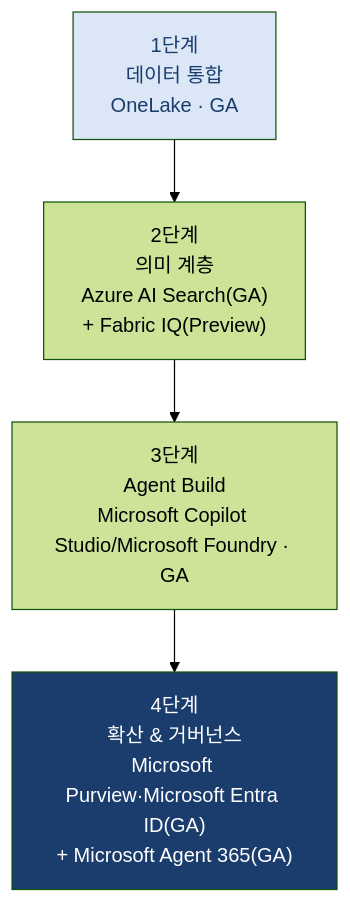
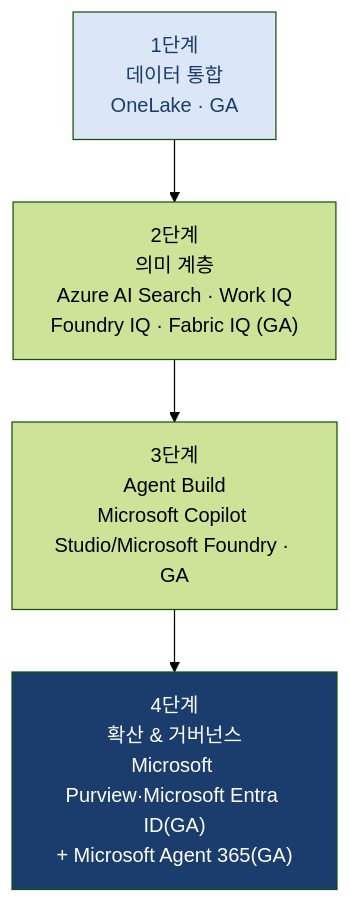
One commit to hijigoo/why-build-ai-on-azure changed the seventh of 9 diagrams in why-build-ai-on-azure.md. Above: the diagram before and after it, drawn with Mermaid (forest theme). The commit also changed other lines of this file and 2 other files, not shown here.

````diff
--- a/why-build-ai-on-azure.md
+++ b/why-build-ai-on-azure.md
@@ -516,8 +516,8 @@
 ```mermaid
 flowchart TD
-    S1["1단계<br/>데이터 통합<br/>OneLake · GA"] --> S2["2단계<br/>의미 계층<br/>Azure AI Search(GA)<br/>+ Fabric IQ(Preview)"]
+    S1["1단계<br/>데이터 통합<br/>OneLake · GA"] --> S2["2단계<br/>의미 계층<br/>Azure AI Search · Work IQ<br/>Foundry IQ · Fabric IQ (GA)"]
     S2 --> S3["3단계<br/>Agent Build<br/>Microsoft Copilot Studio/Microsoft Foundry · GA"]
     S3 --> S4["4단계<br/>확산 & 거버넌스<br/>Microsoft Purview·Microsoft Entra ID(GA)<br/>+ Microsoft Agent 365(GA)"]
     style S1 fill:#dbe7f6,color:#1a3d6d
     style S4 fill:#1a3d6d,color:#fff
 ```
````
